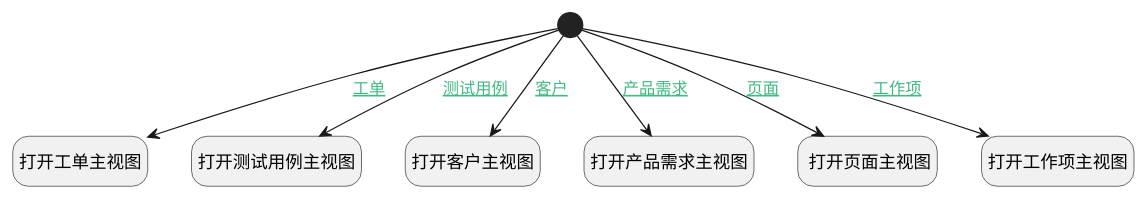
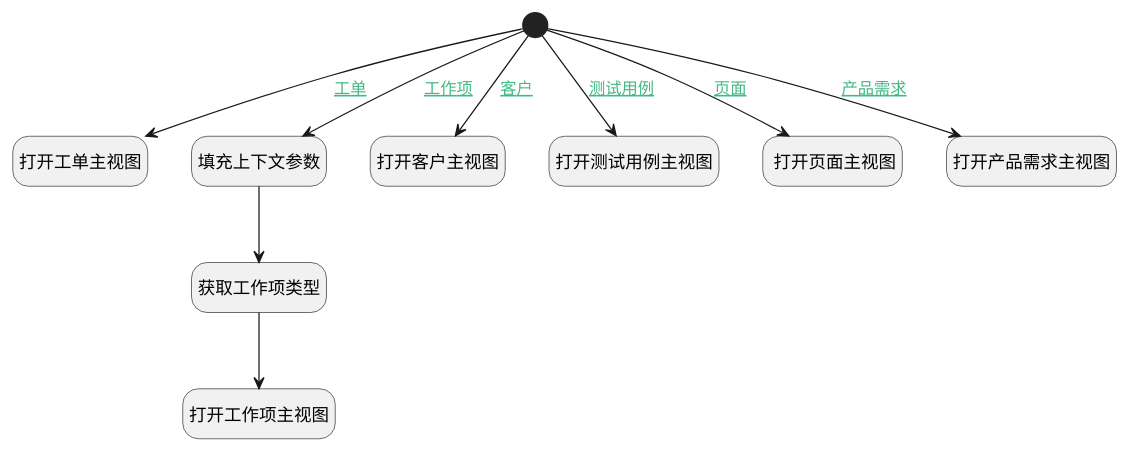
The diagram in doc/docsify/module/Base/search_attachment/uilogic/open_main_view.md (iBizLab/plm), drawn with PlantUML before and after one commit. The commit also changed other lines of this file and 2688 other files, not shown here.

````diff
--- a/doc/docsify/module/Base/search_attachment/uilogic/open_main_view.md
+++ b/doc/docsify/module/Base/search_attachment/uilogic/open_main_view.md
@@ -7,29 +7,33 @@
 ```plantuml
 @startuml
 hide footbox
 <style>
 root {
   HyperlinkColor #42b983
 }
 </style>
 
 hide empty description
 state "开始" as Begin <<start>> [[$./open_main_view#begin {开始}]]
+state "打开工作项主视图" as DEUIACTION1  [[$./open_main_view#deuiaction1 {打开工作项主视图}]]
 state "打开工单主视图" as DEUIACTION4  [[$./open_main_view#deuiaction4 {打开工单主视图}]]
+state "填充上下文参数" as PREPAREJSPARAM1  [[$./open_main_view#preparejsparam1 {填充上下文参数}]]
+state "打开客户主视图" as DEUIACTION5  [[$./open_main_view#deuiaction5 {打开客户主视图}]]
 state "打开测试用例主视图" as DEUIACTION2  [[$./open_main_view#deuiaction2 {打开测试用例主视图}]]
-state "打开客户主视图" as DEUIACTION5  [[$./open_main_view#deuiaction5 {打开客户主视图}]]
+state " 打开页面主视图" as DEUIACTION6  [[$./open_main_view#deuiaction6 { 打开页面主视图}]]
 state "打开产品需求主视图" as DEUIACTION3  [[$./open_main_view#deuiaction3 {打开产品需求主视图}]]
-state " 打开页面主视图" as DEUIACTION6  [[$./open_main_view#deuiaction6 { 打开页面主视图}]]
-state "打开工作项主视图" as DEUIACTION1  [[$./open_main_view#deuiaction1 {打开工作项主视图}]]
+state "获取工作项类型" as DEACTION1  [[$./open_main_view#deaction1 {获取工作项类型}]]
 
 
-Begin --> DEUIACTION1 : [[$./open_main_view#begin-deuiaction1{工作项} 工作项]]
+Begin --> PREPAREJSPARAM1 : [[$./open_main_view#begin-preparejsparam1{工作项} 工作项]]
+PREPAREJSPARAM1 --> DEACTION1
+DEACTION1 --> DEUIACTION1
 Begin --> DEUIACTION2 : [[$./open_main_view#begin-deuiaction2{测试用例} 测试用例]]
 Begin --> DEUIACTION3 : [[$./open_main_view#begin-deuiaction3{产品需求} 产品需求]]
 Begin --> DEUIACTION4 : [[$./open_main_view#begin-deuiaction4{工单} 工单]]
 Begin --> DEUIACTION5 : [[$./open_main_view#begin-deuiaction5{客户} 客户]]
 Begin --> DEUIACTION6 : [[$./open_main_view#begin-deuiaction6{页面} 页面]]
 
 
 @enduml
 ```
````
